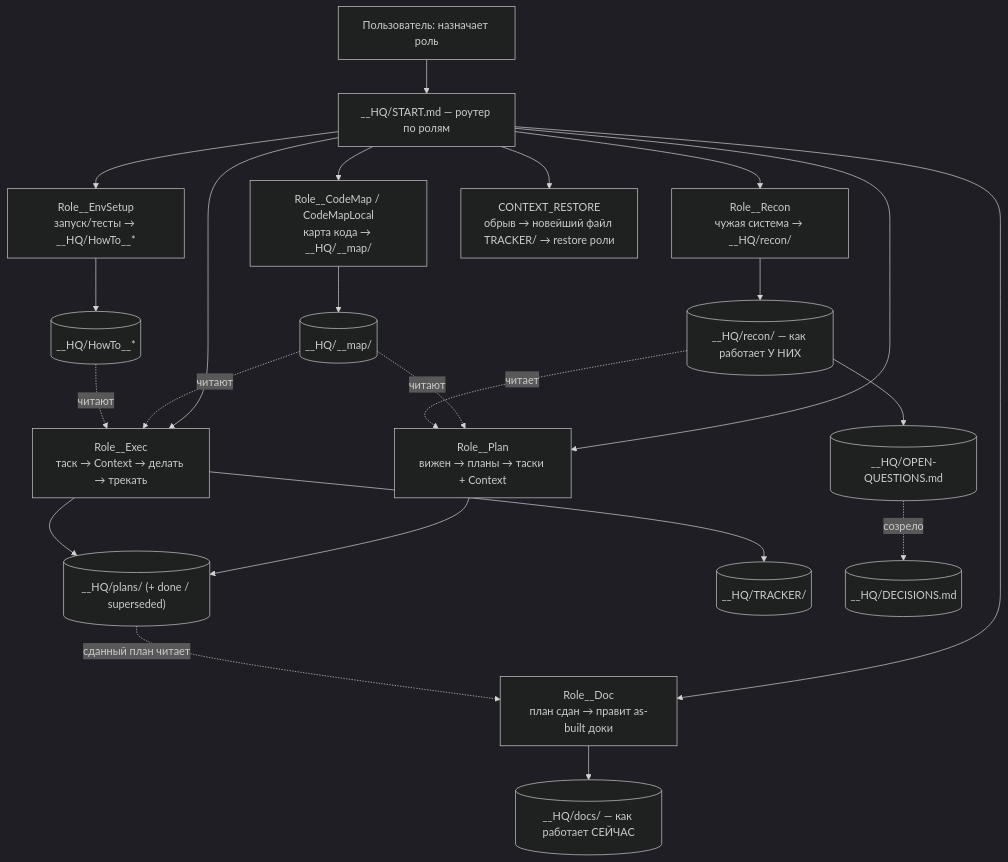
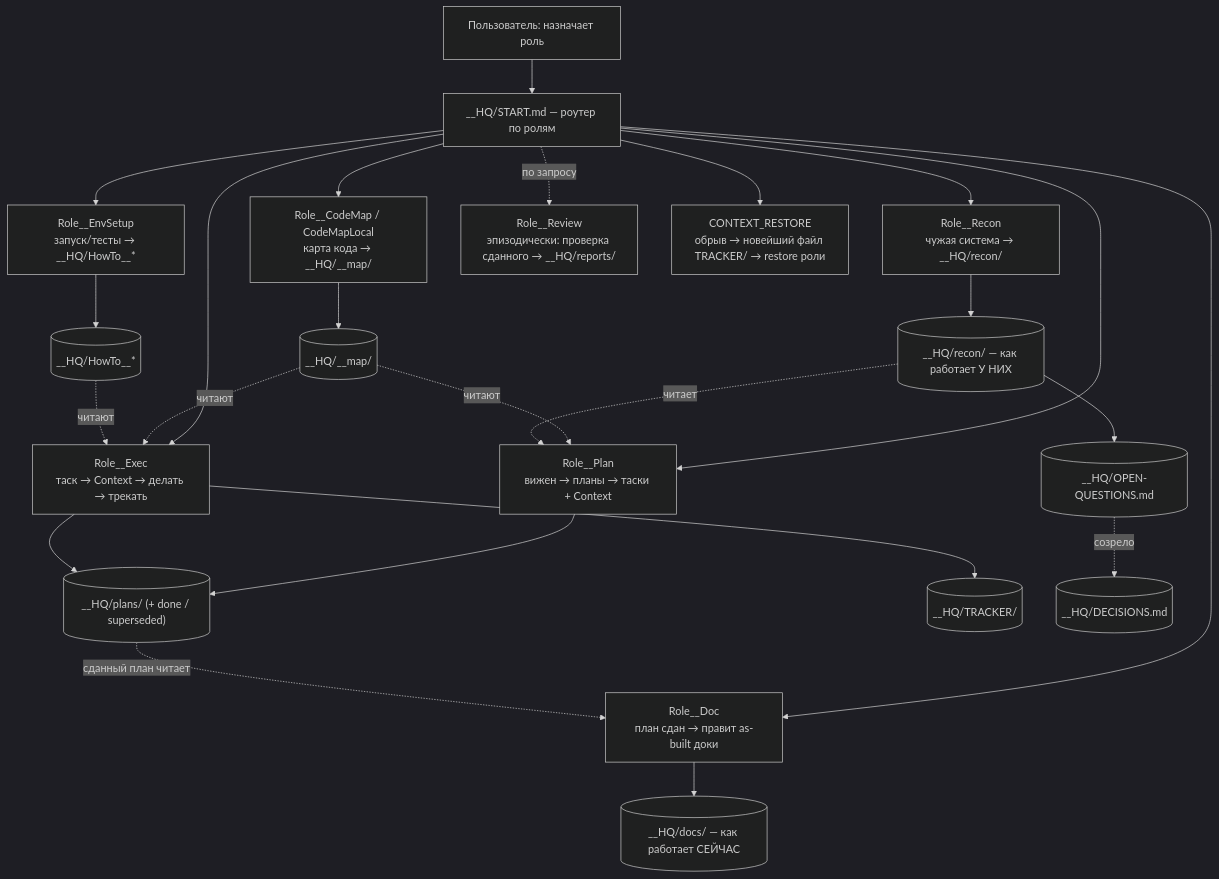
Before and after one commit to seneelya/Project-Context-Box: the diagram in __HQ/WORKFLOW.md, drawn with Mermaid (dark theme). The commit also changed other lines of this file and 5 other files, not shown here.

Commit message:
Role__Review: adapt as an episodic role (START/WORKFLOW/reports README); deploy reports/README.md

````diff
--- a/__HQ/WORKFLOW.md
+++ b/__HQ/WORKFLOW.md
@@ -23,26 +23,27 @@
 ```mermaid
 flowchart TD
   U["Пользователь: назначает роль"] --> S["__HQ/START.md — роутер по ролям"]
   S --> RMAP["Role__CodeMap / CodeMapLocal<br/>карта кода → __HQ/__map/"]
   S --> RENV["Role__EnvSetup<br/>запуск/тесты → __HQ/HowTo__*"]
   S --> RPLAN["Role__Plan<br/>вижен → планы → таски + Context"]
   S --> REXEC["Role__Exec<br/>таск → Context → делать → трекать"]
   S --> RDOC["Role__Doc<br/>план сдан → правит as-built доки"]
   S --> RRECON["Role__Recon<br/>чужая система → __HQ/recon/"]
+  S -.->|по запросу| RREV["Role__Review<br/>эпизодически: проверка сданного → __HQ/reports/"]
   S --> RREST["CONTEXT_RESTORE<br/>обрыв → новейший файл TRACKER/ → restore роли"]
 
   RMAP --> CARDS[("__HQ/__map/")]
   RENV --> HOWTO[("__HQ/HowTo__*")]
   RPLAN --> PLANS[("__HQ/plans/ (+ done / superseded)")]
   REXEC --> PLANS
   REXEC --> TR[("__HQ/TRACKER/")]
   RDOC --> DOCS[("__HQ/docs/ — как работает СЕЙЧАС")]
   RRECON --> RECON[("__HQ/recon/ — как работает У НИХ")]
   RECON --> OQ[("__HQ/OPEN-QUESTIONS.md")]
   OQ -.->|созрело| DEC[("__HQ/DECISIONS.md")]
   CARDS -.->|читают| RPLAN
   CARDS -.->|читают| REXEC
   PLANS -.->|сданный план читает| RDOC
   HOWTO -.->|читают| REXEC
   RECON -.->|читает| RPLAN
 ```
````
